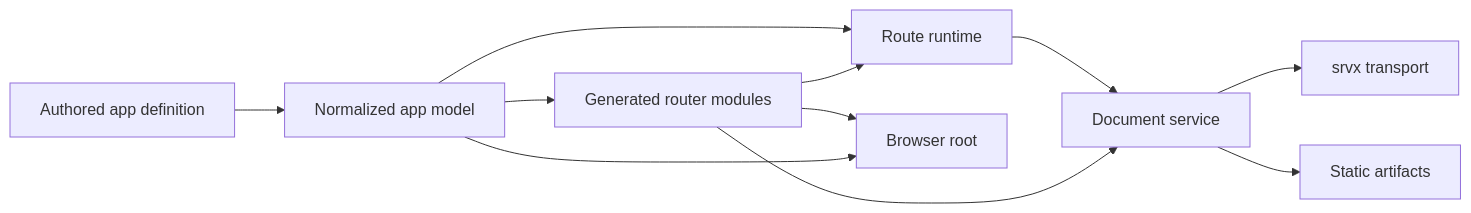
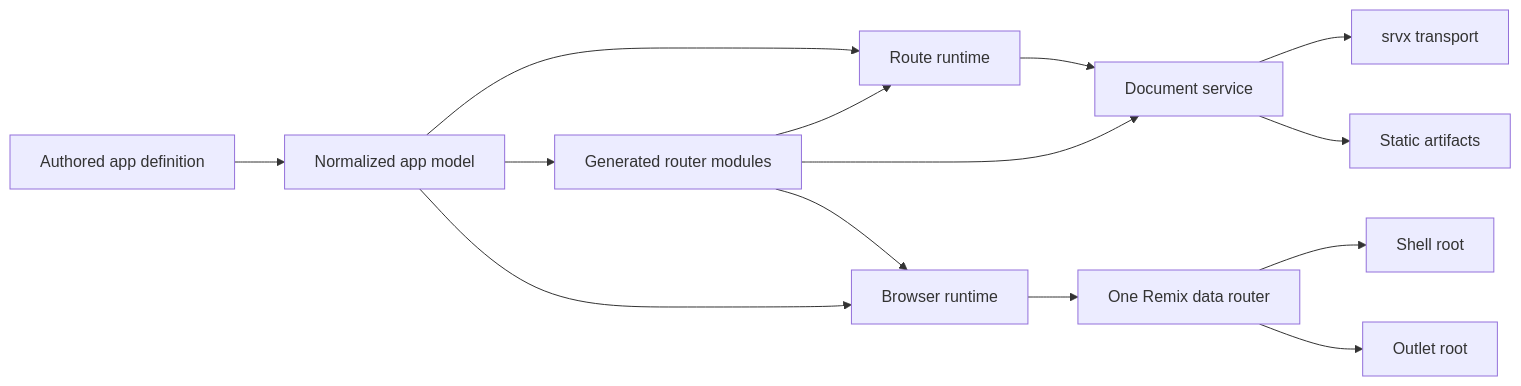
The diagram in design/architecture.md (aleclarson/flamefront), drawn with Mermaid before and after one commit. The commit also changed other lines of this file and 5 other files, not shown here.

````diff
--- a/design/architecture.md
+++ b/design/architecture.md
@@ -11,22 +11,28 @@
 ```mermaid
 flowchart LR
   Manifest[Authored app definition]
   Model[Normalized app model]
   Generated[Generated router modules]
   Runtime[Route runtime]
   Documents[Document service]
   Transport[srvx transport]
-  Browser[Browser root]
+  Browser[Browser runtime]
+  Router[One Remix data router]
+  ShellRoot[Shell root]
+  OutletRoot[Outlet root]
   Build[Static artifacts]
 
   Manifest --> Model
   Model --> Generated
   Model --> Runtime
   Generated --> Runtime
   Runtime --> Documents
   Generated --> Documents
   Documents --> Transport
   Generated --> Browser
   Model --> Browser
+  Browser --> Router
+  Router --> ShellRoot
+  Router --> OutletRoot
   Documents --> Build
 ```
````
